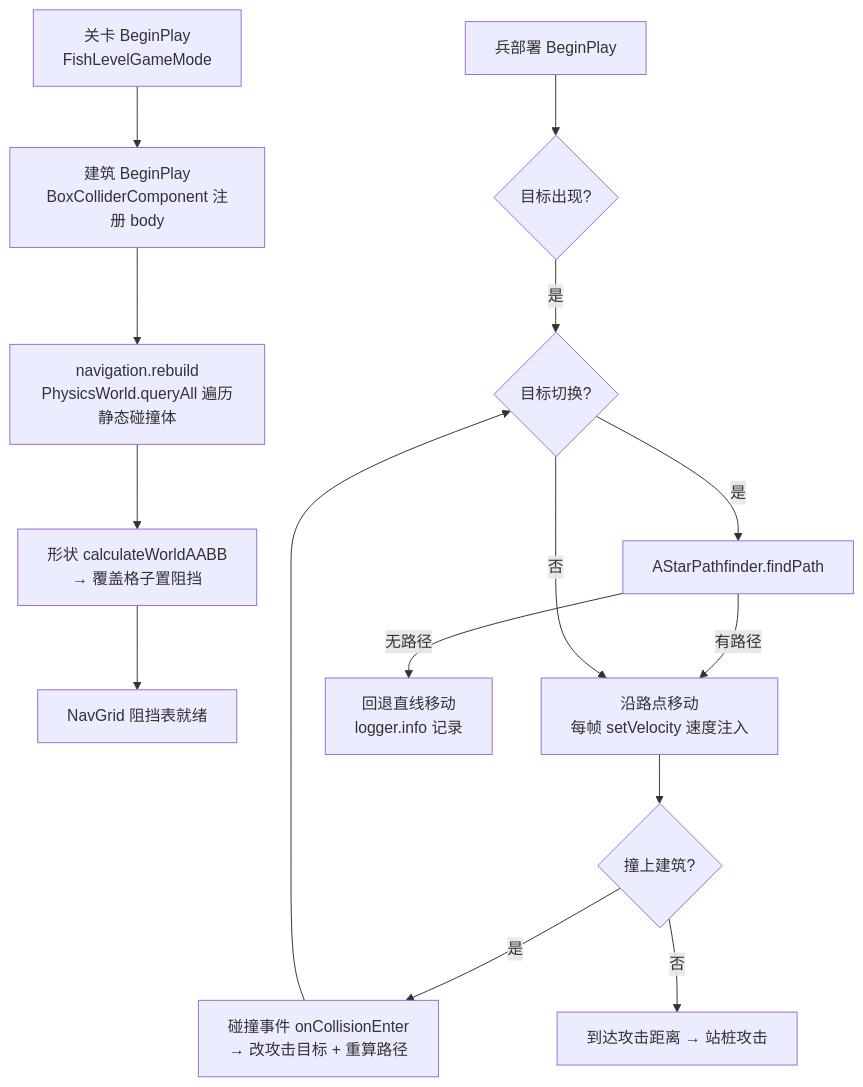
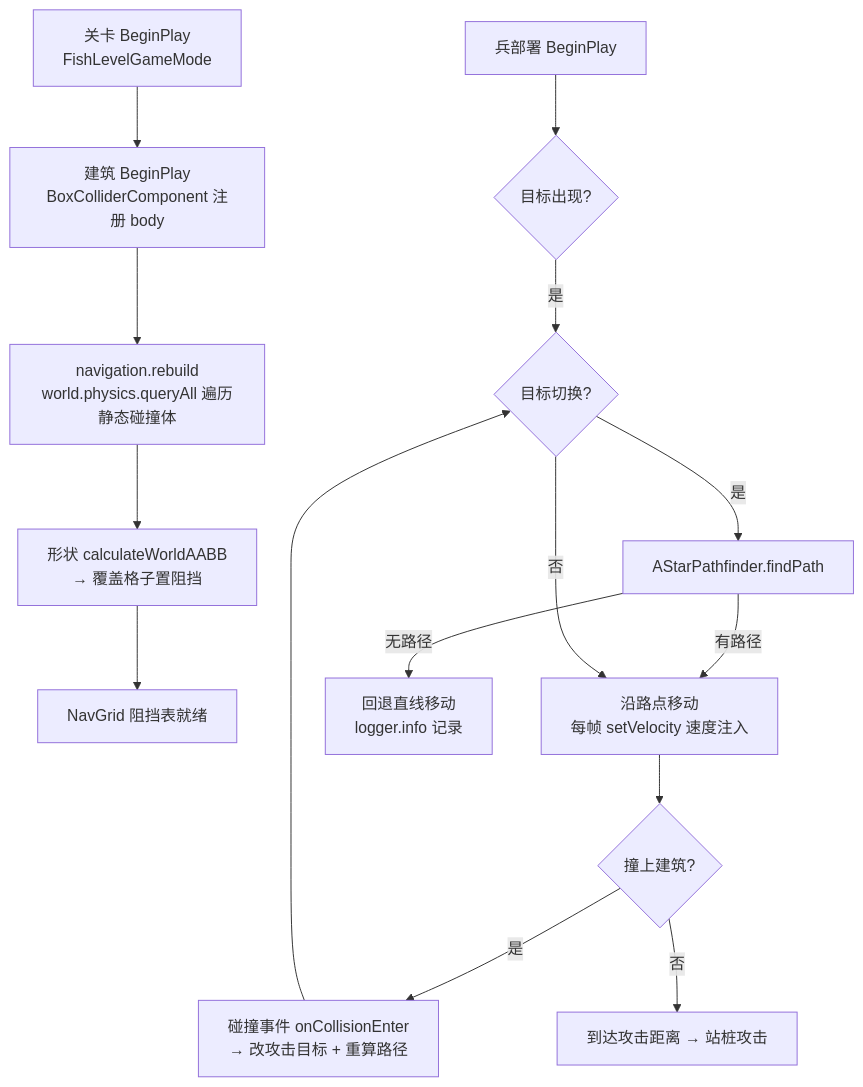
Before and after one commit to Kaplc/DemoStudio: the diagram in doc/engine/navigation_system.md, drawn with Mermaid. The commit also changed other lines of this file and 28 other files, not shown here.

````diff
--- a/doc/engine/navigation_system.md
+++ b/doc/engine/navigation_system.md
@@ -47,18 +47,18 @@
 ```mermaid
 flowchart TD
     A[关卡 BeginPlay<br/>FishLevelGameMode] --> B[建筑 BeginPlay<br/>BoxColliderComponent 注册 body]
-    B --> C[navigation.rebuild<br/>PhysicsWorld.queryAll 遍历静态碰撞体]
+    B --> C[navigation.rebuild<br/>world.physics.queryAll 遍历静态碰撞体]
     C --> D[形状 calculateWorldAABB<br/>→ 覆盖格子置阻挡]
     D --> E[NavGrid 阻挡表就绪]
 
     F[兵部署 BeginPlay] --> G{目标出现?}
     G -->|是| H{目标切换?}
     H -->|是| I[AStarPathfinder.findPath]
     I -->|有路径| J[沿路点移动<br/>每帧 setVelocity 速度注入]
     I -->|无路径| K[回退直线移动<br/>logger.info 记录]
     H -->|否| J
     J --> L{撞上建筑?}
     L -->|是| M[碰撞事件 onCollisionEnter<br/>→ 改攻击目标 + 重算路径]
     L -->|否| N[到达攻击距离 → 站桩攻击]
     M --> H
 ```
````
